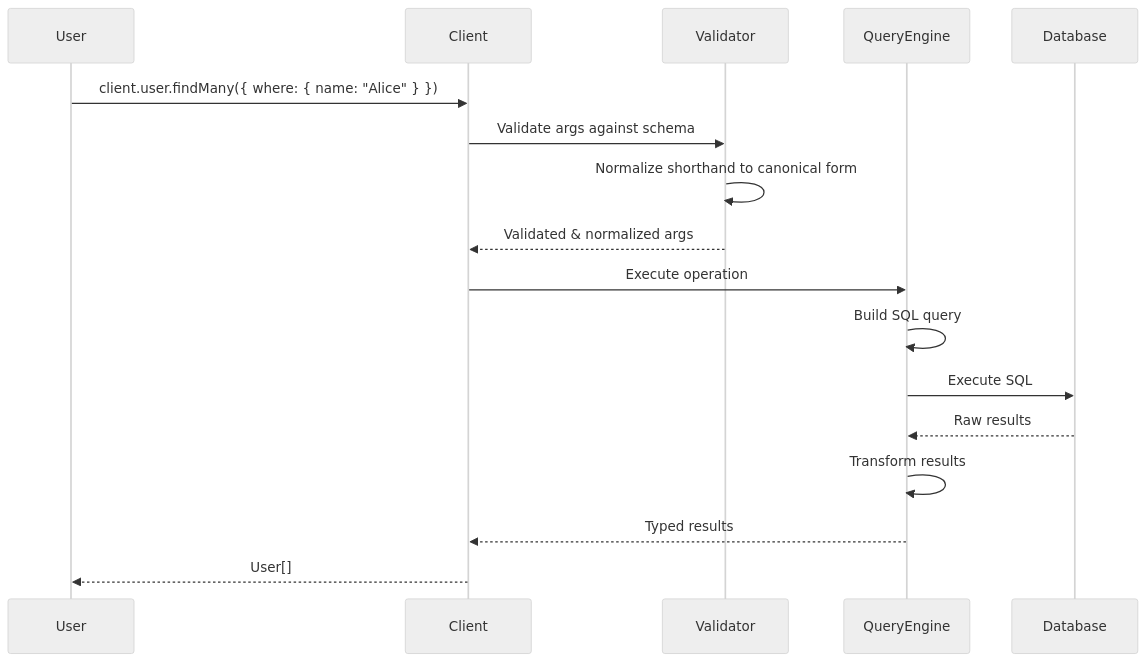
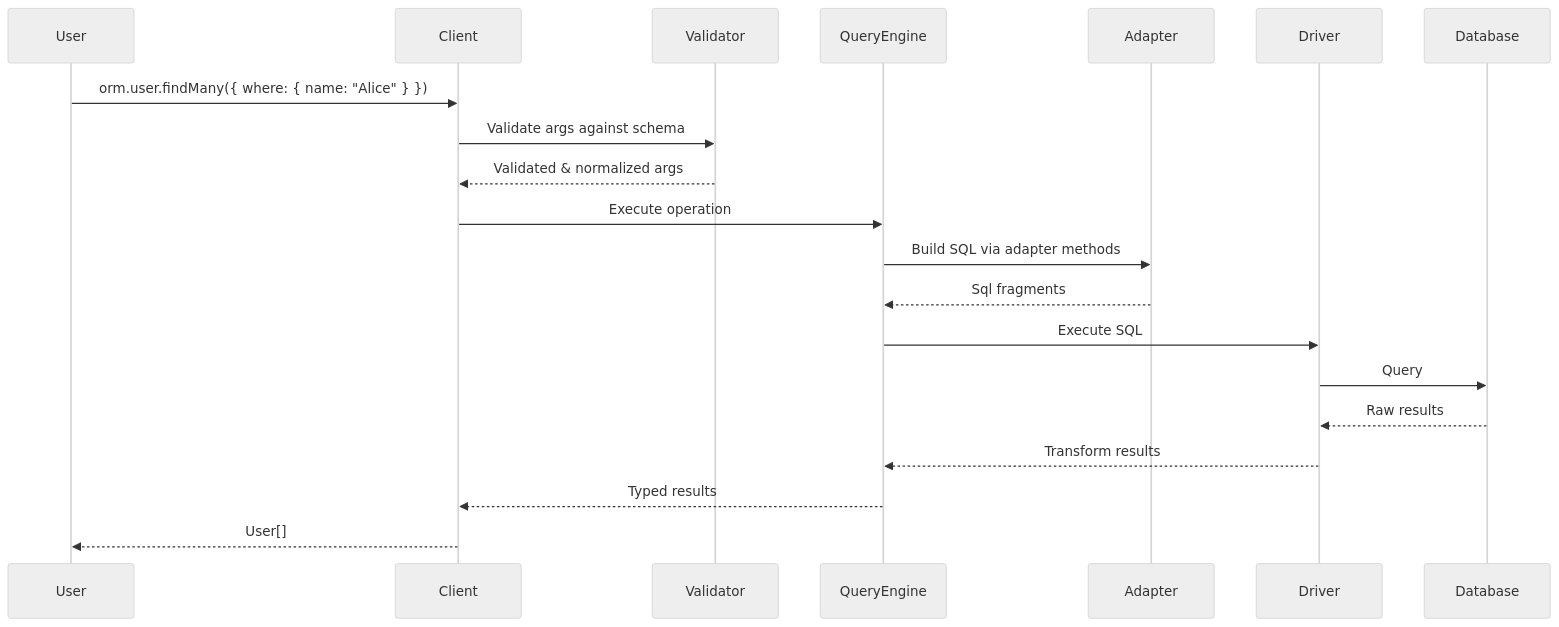
Before and after one commit to beynar/viborm: the diagram in docs/content/docs/internals/architecture.mdx, drawn with Mermaid (neutral theme). The commit also changed other lines of this file and 97 other files, not shown here.

````diff
--- a/docs/content/docs/internals/architecture.mdx
+++ b/docs/content/docs/internals/architecture.mdx
@@ -220,20 +94,23 @@
 ```mermaid
 sequenceDiagram
     participant U as User
     participant C as Client
     participant V as Validator
     participant Q as QueryEngine
+    participant A as Adapter
+    participant D as Driver
     participant DB as Database
 
-    U->>C: client.user.findMany({ where: { name: "Alice" } })
+    U->>C: orm.user.findMany({ where: { name: "Alice" } })
     C->>V: Validate args against schema
-    V->>V: Normalize shorthand to canonical form
     V-->>C: Validated & normalized args
     C->>Q: Execute operation
-    Q->>Q: Build SQL query
-    Q->>DB: Execute SQL
-    DB-->>Q: Raw results
-    Q->>Q: Transform results
+    Q->>A: Build SQL via adapter methods
+    A-->>Q: Sql fragments
+    Q->>D: Execute SQL
+    D->>DB: Query
+    DB-->>D: Raw results
+    D-->>Q: Transform results
     Q-->>C: Typed results
     C-->>U: User[]
 ```
````
